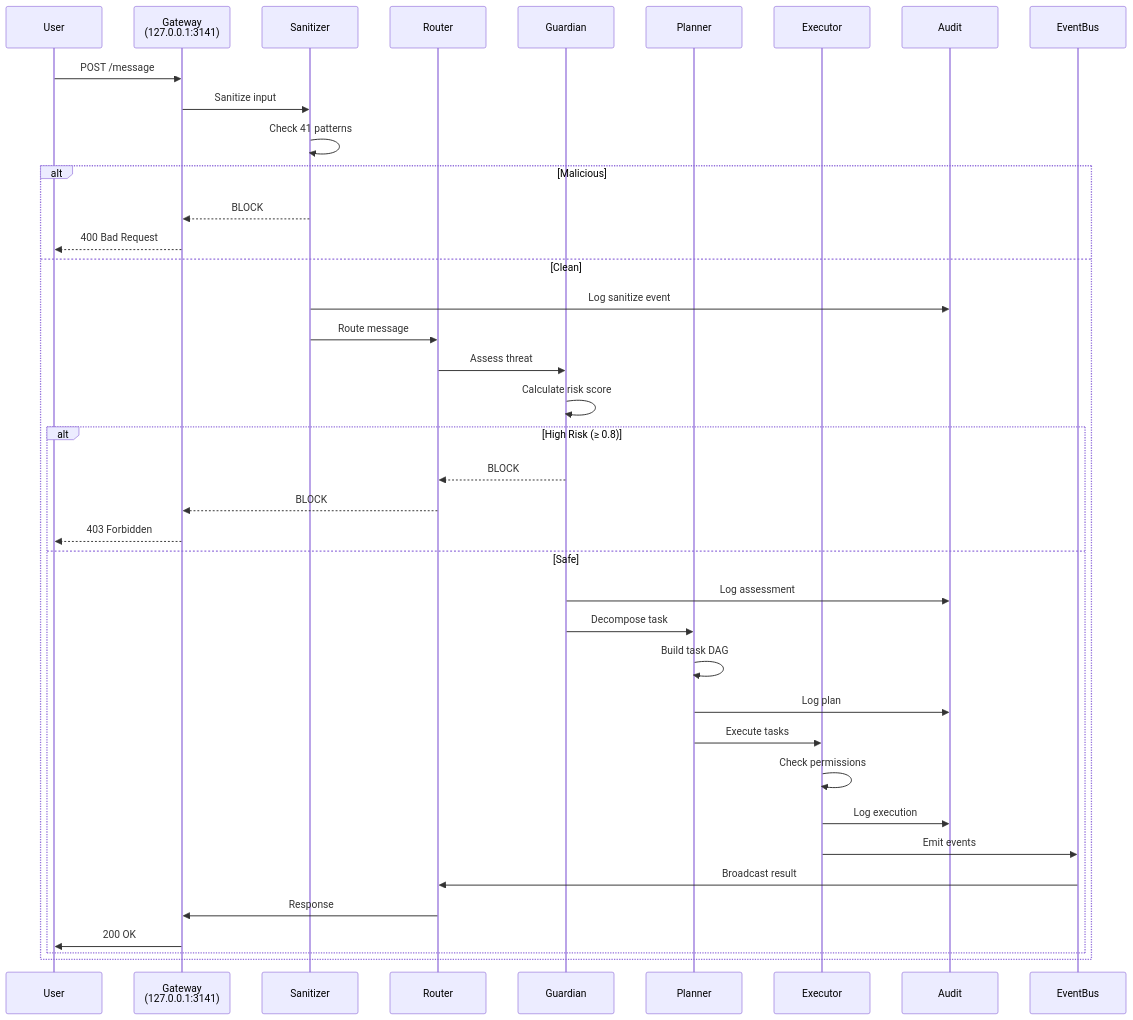
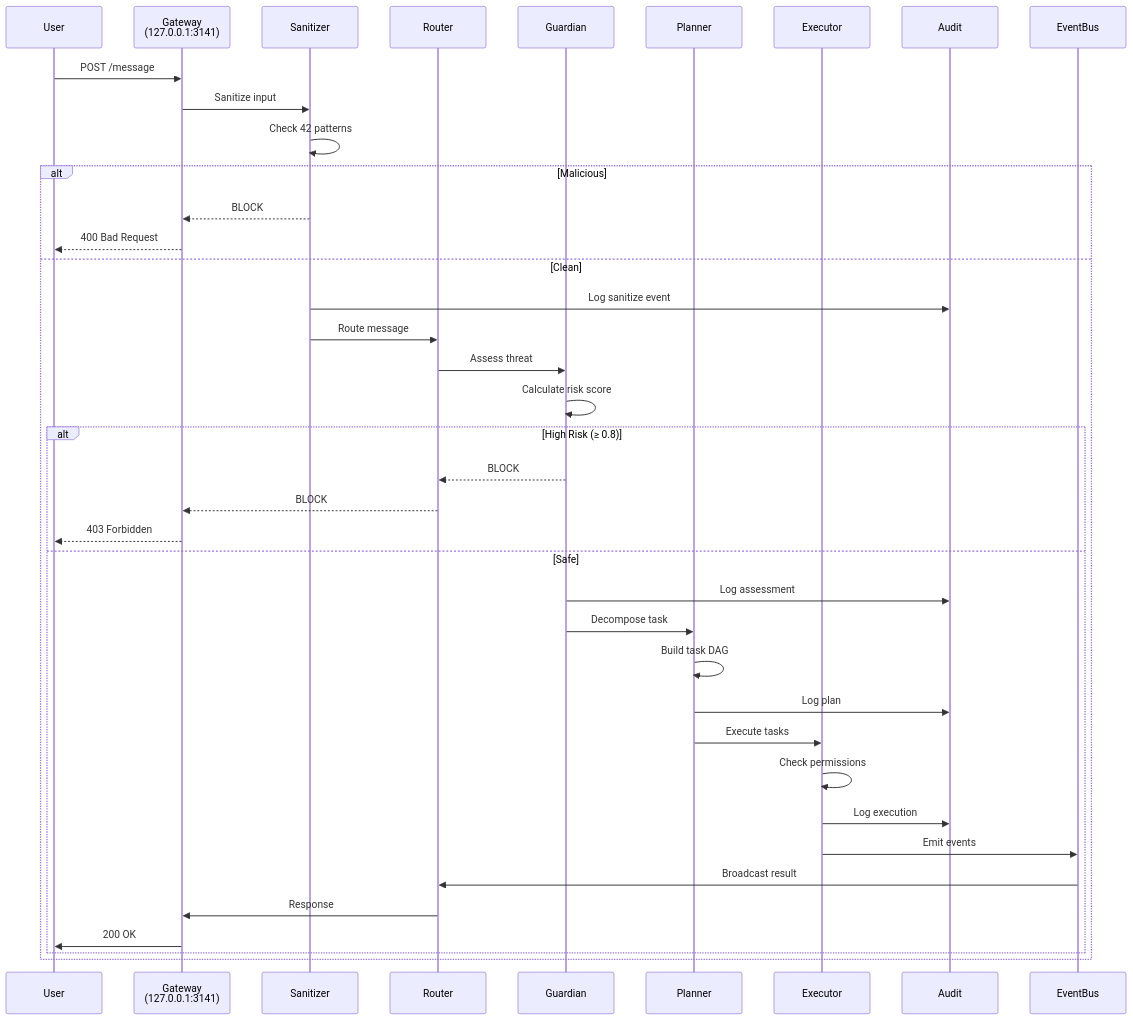
Before and after one commit to Ari-OS/ARI: the third of 3 diagrams in README.md, drawn with Mermaid. The commit also changed other lines of this file and 27 other files, not shown here.

````diff
--- a/README.md
+++ b/README.md
@@ -227,42 +227,42 @@
 ```mermaid
 sequenceDiagram
     participant U as User
     participant G as Gateway<br/>(127.0.0.1:3141)
     participant S as Sanitizer
     participant R as Router
     participant Guard as Guardian
     participant Plan as Planner
     participant Exec as Executor
     participant A as Audit
     participant EB as EventBus
 
     U->>G: POST /message
     G->>S: Sanitize input
-    S->>S: Check 41 patterns
+    S->>S: Check 42 patterns
     alt Malicious
         S-->>G: BLOCK
         G-->>U: 400 Bad Request
     else Clean
         S->>A: Log sanitize event
         S->>R: Route message
         R->>Guard: Assess threat
         Guard->>Guard: Calculate risk score
         alt High Risk (≥ 0.8)
             Guard-->>R: BLOCK
             R-->>G: BLOCK
             G-->>U: 403 Forbidden
         else Safe
             Guard->>A: Log assessment
             Guard->>Plan: Decompose task
             Plan->>Plan: Build task DAG
             Plan->>A: Log plan
             Plan->>Exec: Execute tasks
             Exec->>Exec: Check permissions
             Exec->>A: Log execution
             Exec->>EB: Emit events
             EB->>R: Broadcast result
             R->>G: Response
             G->>U: 200 OK
         end
     end
 ```
````
